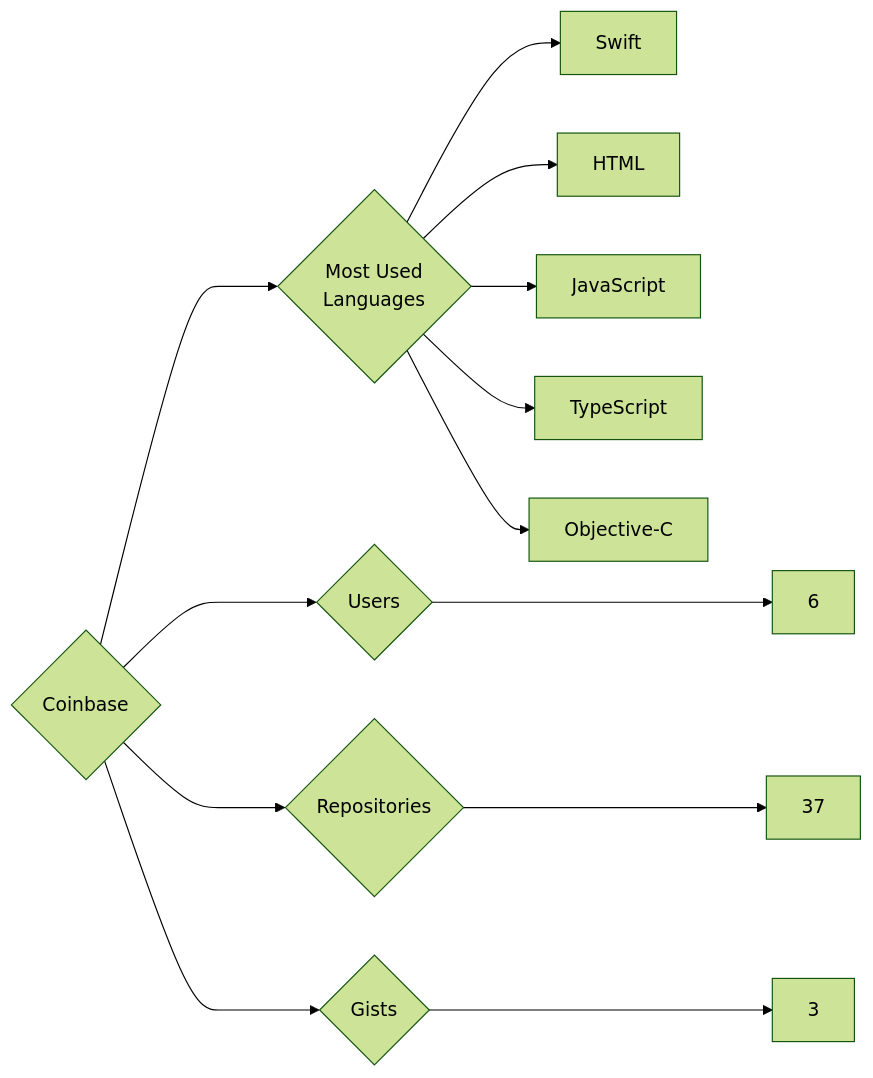
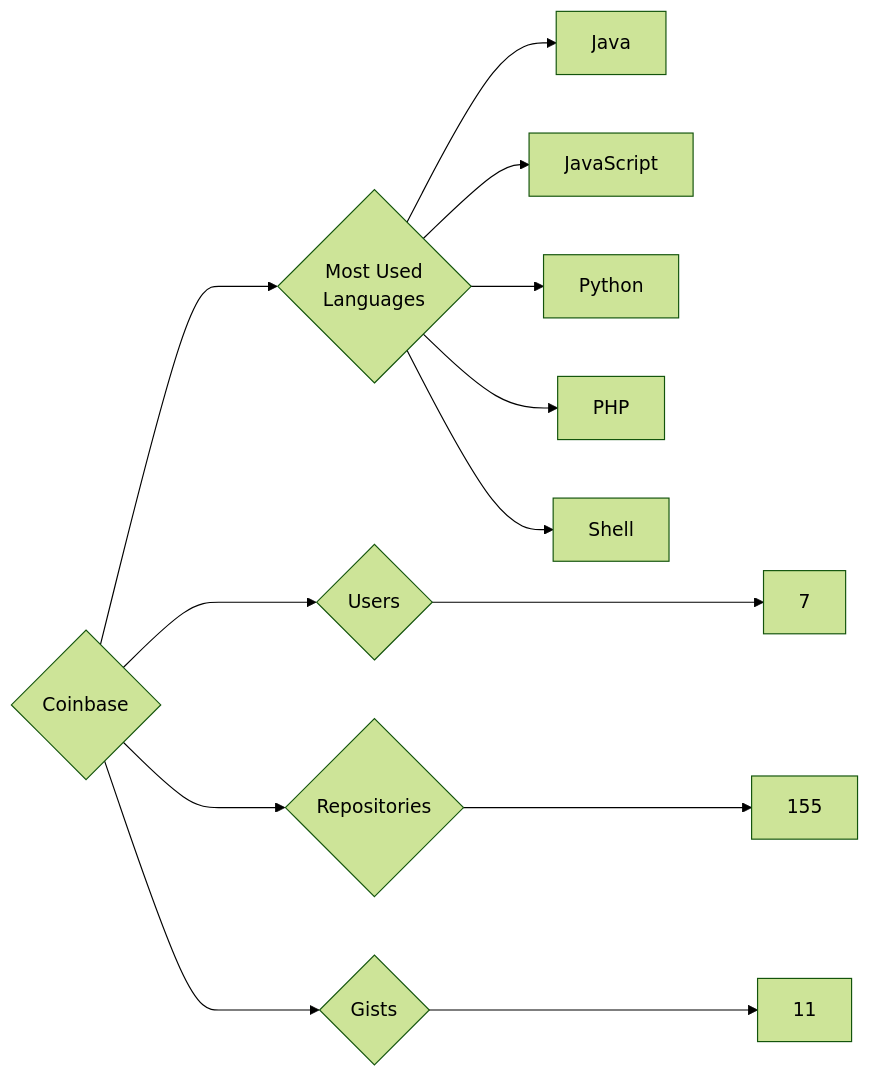
Before and after one commit to trickest/insiders: the diagram in targets/Coinbase/README.md, drawn with Mermaid (forest theme). The commit also changed 1212 other files, not shown here.

````diff
--- a/targets/Coinbase/README.md
+++ b/targets/Coinbase/README.md
@@ -3,13 +3,13 @@
 ```mermaid
 graph LR
 COMPANY_NAME{Coinbase}
-COMPANY_NAME ---> U{Users} ---> UN[6]
-COMPANY_NAME ---> R{Repositories} ---> RN[37]
-COMPANY_NAME ---> G{Gists} ---> GN[3]
+COMPANY_NAME ---> U{Users} ---> UN[7]
+COMPANY_NAME ---> R{Repositories} ---> RN[155]
+COMPANY_NAME ---> G{Gists} ---> GN[11]
 COMPANY_NAME ---> ML{Most Used<br>Languages}
-ML --> Swift[Swift]
-ML --> HTML[HTML]
+ML --> Java[Java]
 ML --> JavaScript[JavaScript]
-ML --> TypeScript[TypeScript]
-ML --> Objective-C[Objective-C]
+ML --> Python[Python]
+ML --> PHP[PHP]
+ML --> Shell[Shell]
 ```
````
